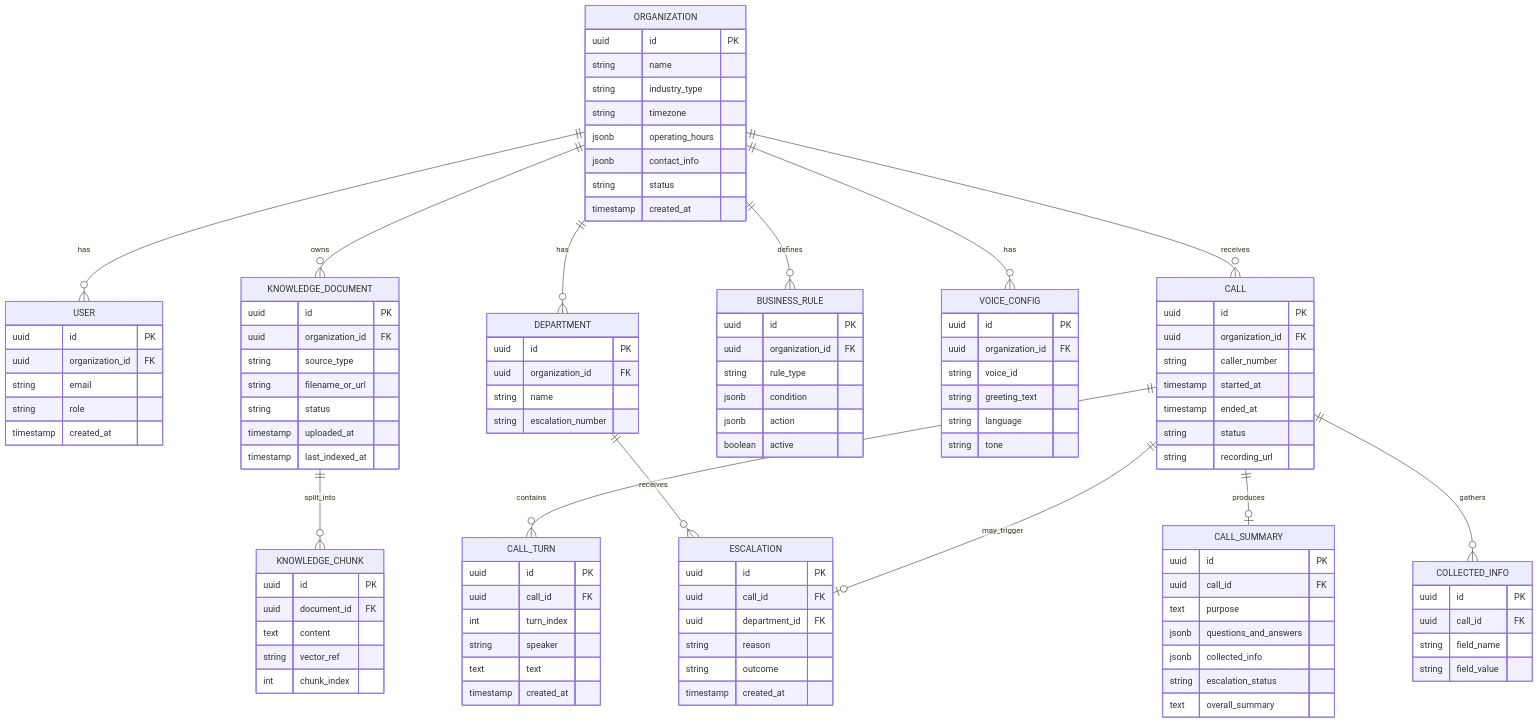
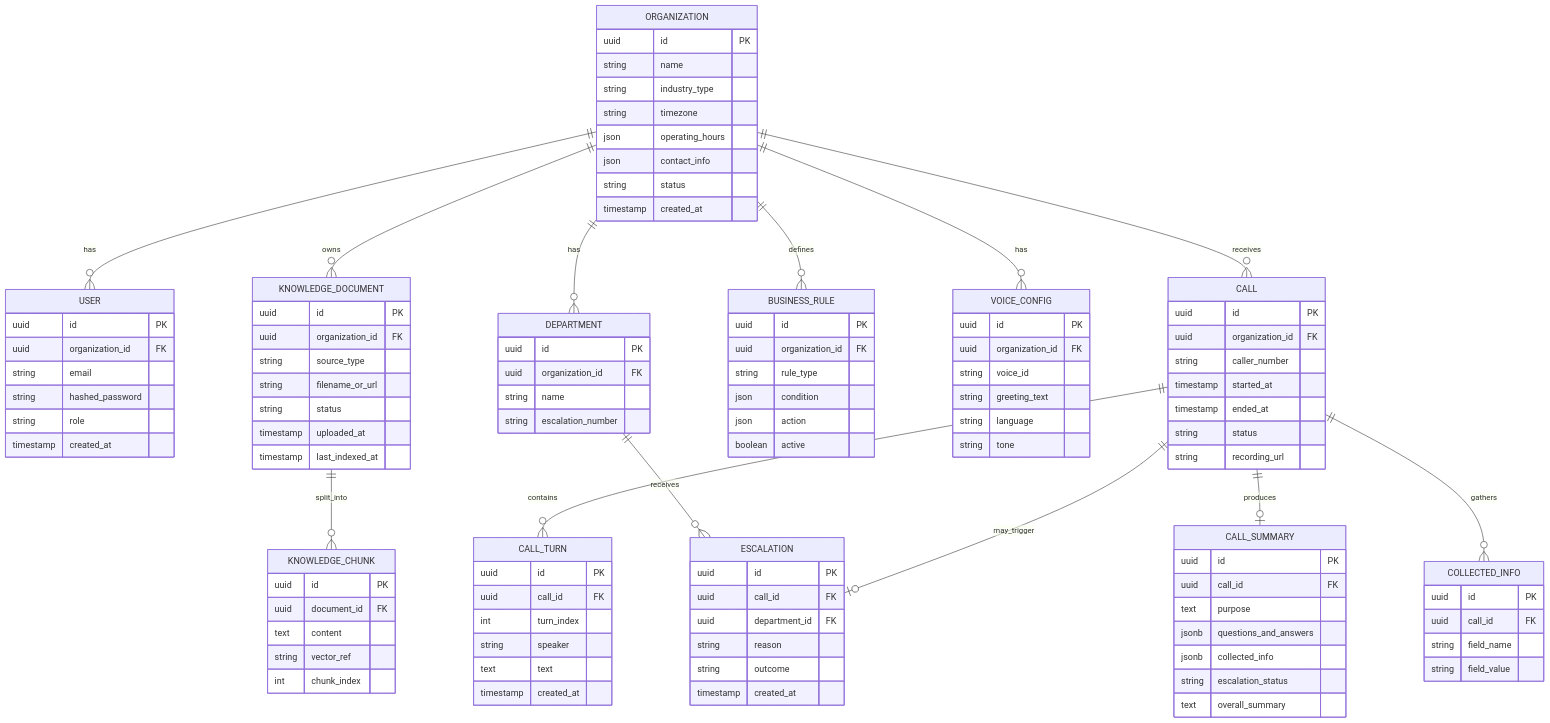
Before and after one commit to SilverMan1101/voice-receptionist-platform: the second of 2 diagrams in docs/Architecture.md, drawn with Mermaid. The commit also changed other lines of this file and 2 other files, not shown here.

```diff
--- a/docs/Architecture.md
+++ b/docs/Architecture.md
@@ -158,8 +159,8 @@
         string name
         string industry_type
         string timezone
-        jsonb operating_hours
-        jsonb contact_info
+        json operating_hours
+        json contact_info
         string status
         timestamp created_at
     }
@@ -167,6 +168,7 @@
         uuid id PK
         uuid organization_id FK
         string email
+        string hashed_password
         string role
         timestamp created_at
     }
@@ -196,8 +198,8 @@
         uuid id PK
         uuid organization_id FK
         string rule_type
-        jsonb condition
-        jsonb action
+        json condition
+        json action
         boolean active
     }
     VOICE_CONFIG {
```
